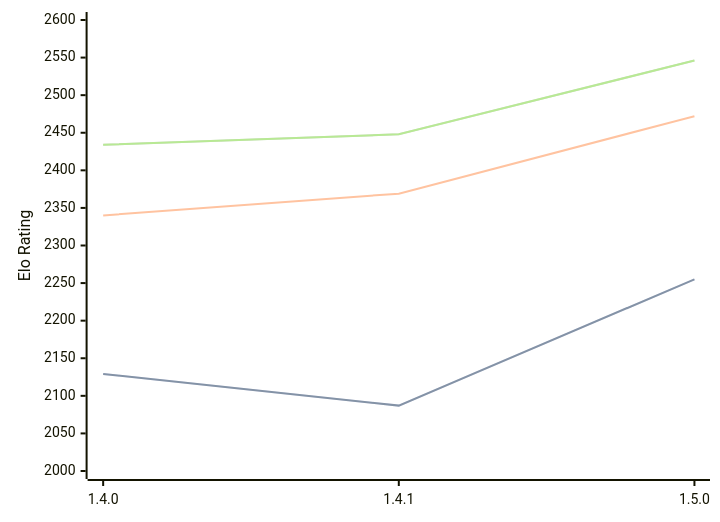
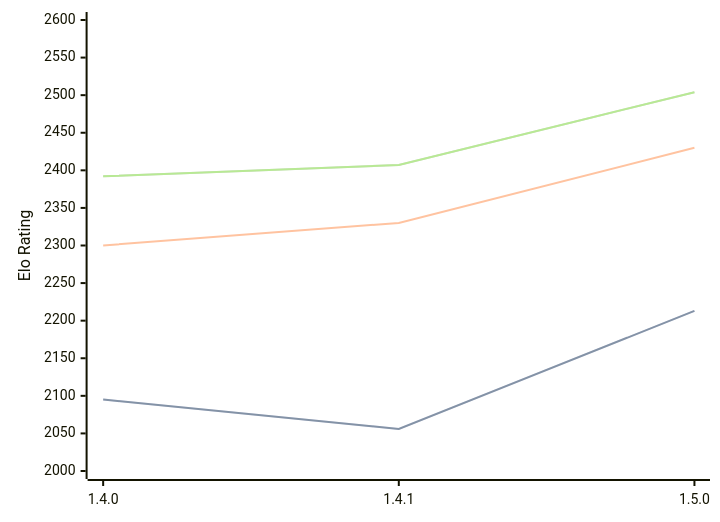
The diagram in engines/Tofiks.md (computer-chess-index/cci), drawn with Mermaid before and after one commit. The commit also changed other lines of this file, not shown here.

Commit message:
Update CCI Ratings (ELO VLTC) - 2026-05-19

````diff
--- a/engines/Tofiks.md
+++ b/engines/Tofiks.md
@@ -37,11 +37,11 @@
 ```mermaid
 %%{init: {"theme":"base","themeVariables":{"seriesColors:['#a3a3a3','#222221','#faa371']}}}%%
 xychart-beta
   x-axis ["1.4.0", "1.4.1", "1.5.0"]
   y-axis "Elo Rating" 2000 --> 2600
-  line "STC (8.0+0.08s)" [2129, 2087, 2255]
-  line "STC (8.0+0.08s)" [2129, 2087, 2255]
-  line "LTC (60.0+0.60s)" [2340, 2369, 2472]
-  line "VLTC (2m24s+1.12s)" [2434, 2448, 2546]
-  line "VLTC (2m24s+1.12s)" [2434, 2448, 2546]
+  line "STC (8.0+0.08s)" [2095, 2056, 2213]
+  line "STC (8.0+0.08s)" [2095, 2056, 2213]
+  line "LTC (60.0+0.60s)" [2300, 2330, 2430]
+  line "VLTC (2m24s+1.12s)" [2392, 2407, 2504]
+  line "VLTC (2m24s+1.12s)" [2392, 2407, 2504]
 ```
````
